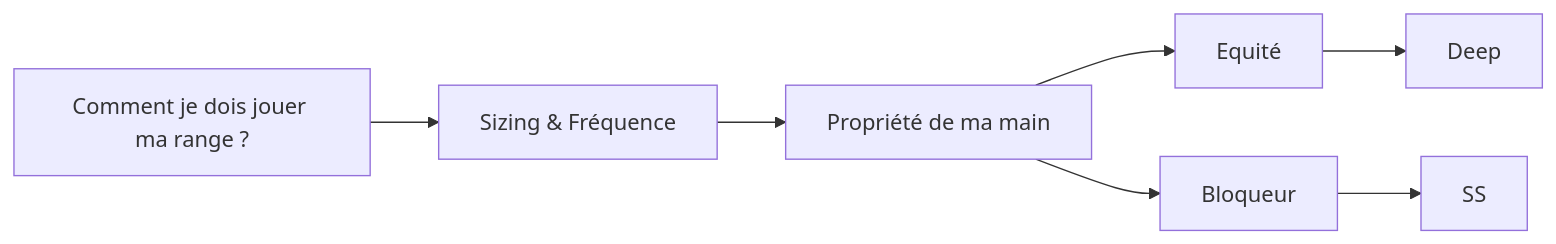
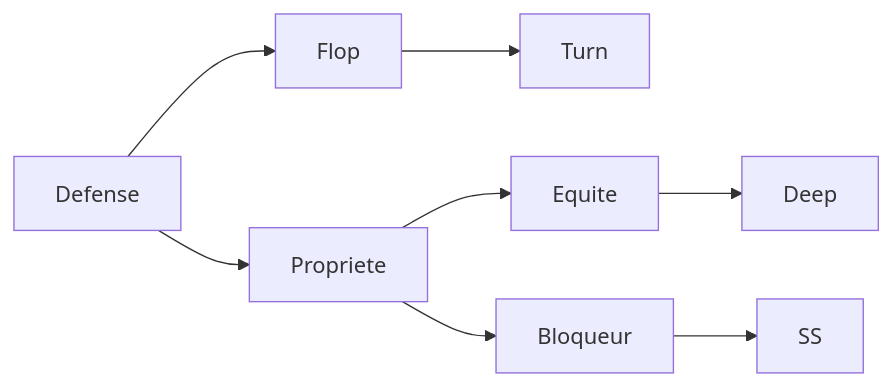
One commit to greglejeune/blog changed the second of 2 diagrams in _posts/2020-01-01-test.md. Above: the diagram before and after it, drawn with Mermaid.

```diff
--- a/_posts/2020-01-01-test.md
+++ b/_posts/2020-01-01-test.md
@@ -29,9 +29,10 @@
     <div class="mermaid">
         graph LR
-            Defense[Comment je dois jouer ma range ?] --> Strategie[Sizing & Fréquence]
-            Strategie[Sizing & Fréquence] --> Propriété[Propriété de ma main]
-            Propriété[Propriété de ma main] --> Equité
-            Propriété[Propriété de ma main] --> Bloqueur
-            Equité --> Deep
+            Defense --> Propriete
+            Defense --> Flop
+            Flop --> Turn
+            Propriete --> Equite
+            Propriete --> Bloqueur
+            Equite --> Deep
             Bloqueur --> SS;
     </div>
```
